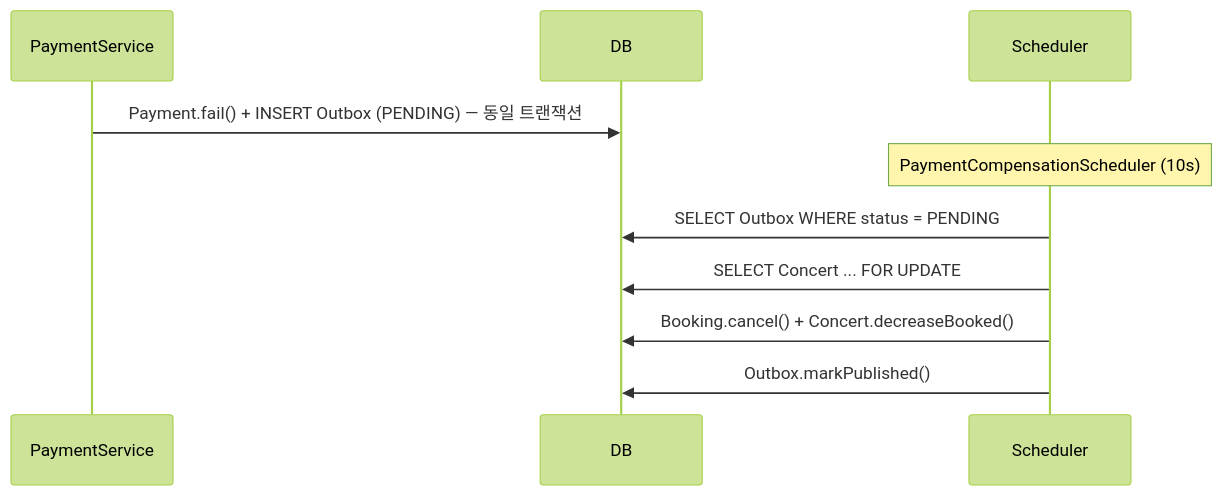
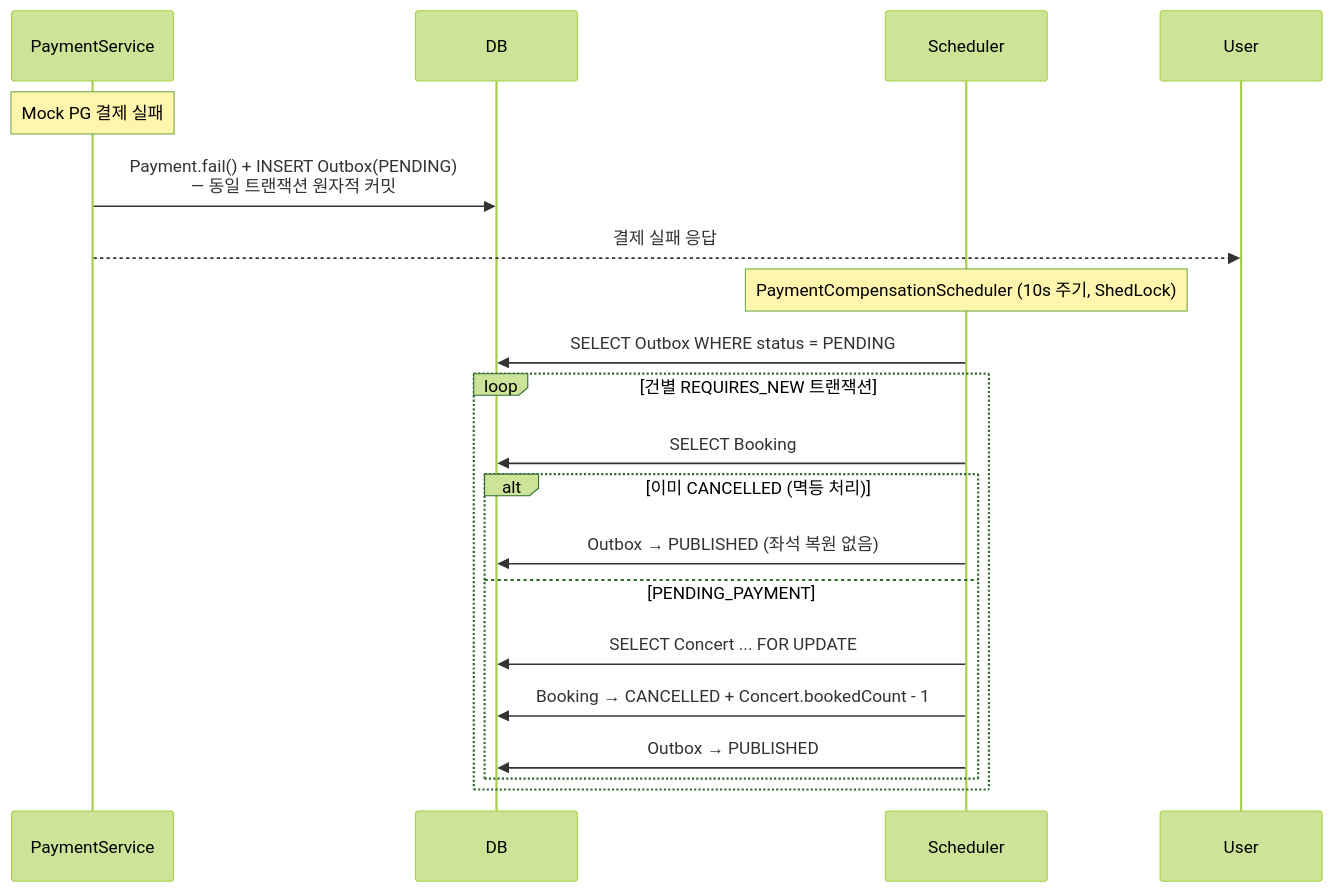
The second of 2 diagrams in README.md (hak0622/ticketflow), drawn with Mermaid (forest theme) before and after one commit. The commit also changed other lines of this file and 4 other files, not shown here.

````diff
--- a/README.md
+++ b/README.md
@@ -186,13 +135,24 @@
 ```mermaid
 sequenceDiagram
     participant PaymentService
     participant DB
     participant Scheduler
 
-    PaymentService->>DB: Payment.fail() + INSERT Outbox (PENDING) — 동일 트랜잭션
-    Note over Scheduler: PaymentCompensationScheduler (10s)
+    Note over PaymentService: Mock PG 결제 실패
+    PaymentService->>DB: Payment.fail() + INSERT Outbox(PENDING)<br/>— 동일 트랜잭션 원자적 커밋
+    PaymentService-->>User: 결제 실패 응답
+
+    Note over Scheduler: PaymentCompensationScheduler (10s 주기, ShedLock)
     Scheduler->>DB: SELECT Outbox WHERE status = PENDING
-    Scheduler->>DB: SELECT Concert ... FOR UPDATE
-    Scheduler->>DB: Booking.cancel() + Concert.decreaseBooked()
-    Scheduler->>DB: Outbox.markPublished()
+
+    loop 건별 REQUIRES_NEW 트랜잭션
+        Scheduler->>DB: SELECT Booking
+        alt 이미 CANCELLED (멱등 처리)
+            Scheduler->>DB: Outbox → PUBLISHED (좌석 복원 없음)
+        else PENDING_PAYMENT
+            Scheduler->>DB: SELECT Concert ... FOR UPDATE
+            Scheduler->>DB: Booking → CANCELLED + Concert.bookedCount - 1
+            Scheduler->>DB: Outbox → PUBLISHED
+        end
+    end
 ```
````
